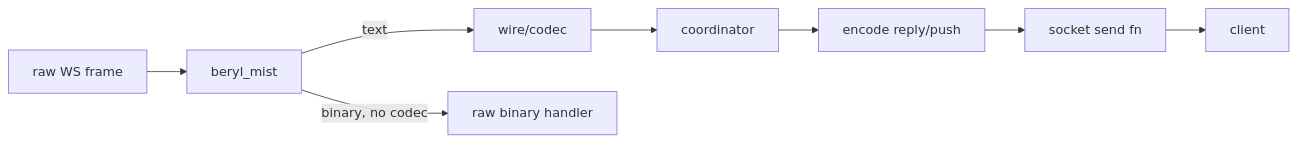
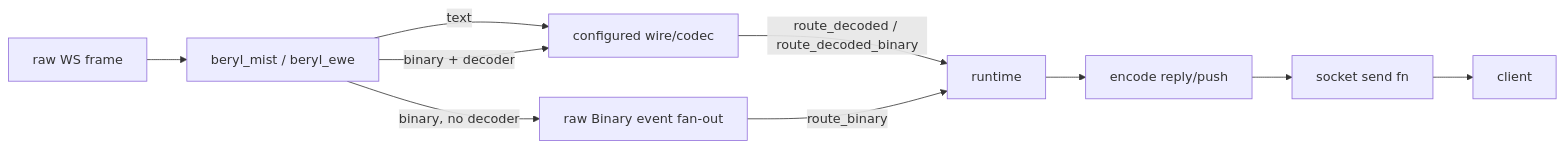
Before and after one commit to tylerbutler/beryl: diagram 11 of 11 in docs/architecture-deck.md, drawn with Mermaid. The commit also changed other lines of this file and 90 other files, not shown here.

````diff
--- a/docs/architecture-deck.md
+++ b/docs/architecture-deck.md
@@ -383,8 +415,10 @@
 ```mermaid
 flowchart LR
-  FR["raw WS frame"] --> MI["beryl_mist"]
-  MI -->|text| CD["wire/codec"]
-  MI -->|binary, no codec| RB["raw binary handler"]
-  CD --> CO["coordinator"]
-  CO --> EN["encode reply/push"] --> SF["socket send fn"] --> CL["client"]
+  FR["raw WS frame"] --> MI["beryl_mist / beryl_ewe"]
+  MI -->|text| CD["configured wire/codec"]
+  MI -->|binary + decoder| CD
+  MI -->|binary, no decoder| RB["raw Binary event fan-out"]
+  CD -->|route_decoded / route_decoded_binary| RT["runtime"]
+  RB -->|route_binary| RT
+  RT --> EN["encode reply/push"] --> SF["socket send fn"] --> CL["client"]
 ```
````
